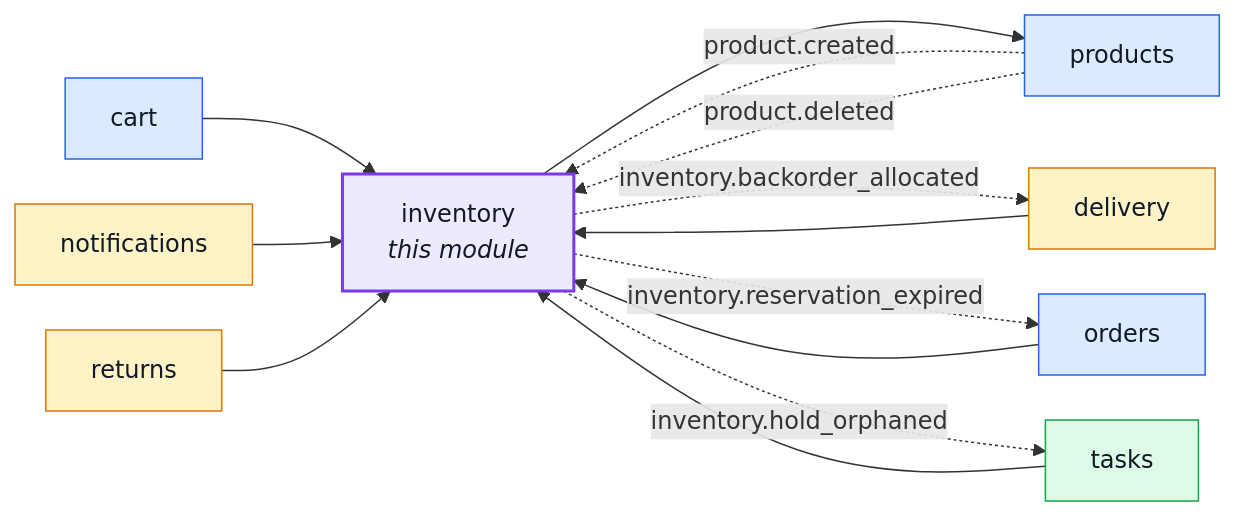
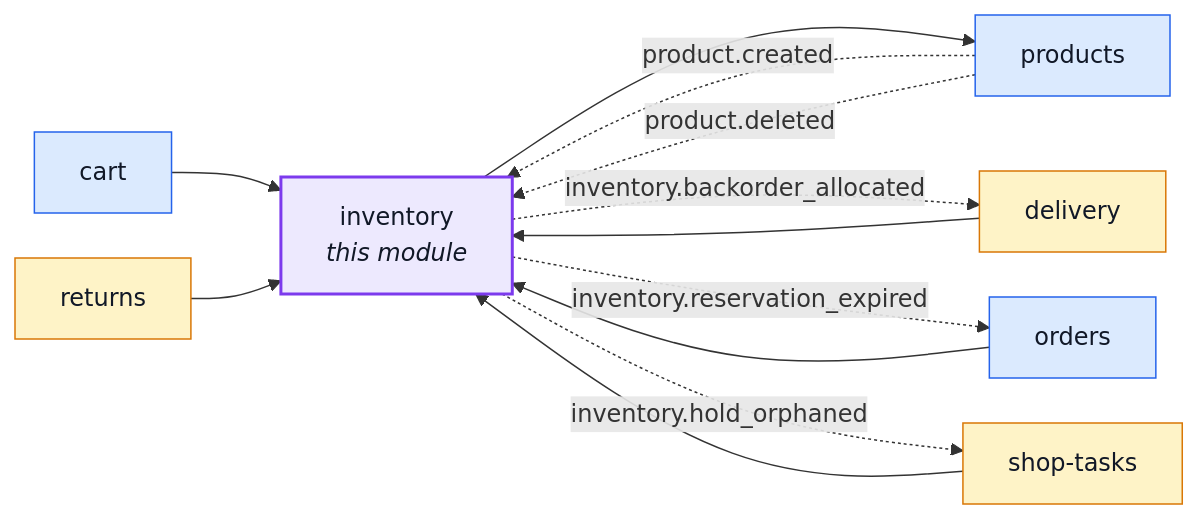
The first of 2 diagrams in docs/modules/inventory.md (Guebbit/boilerplate-node-backend), drawn with Mermaid before and after one commit. The commit also changed 107 other files, not shown here.

First line of the commit message:
refactor(shop-tasks): move the shop's to-dos and notices into their own module

````diff
--- a/docs/modules/inventory.md
+++ b/docs/modules/inventory.md
@@ -18,34 +18,31 @@
 ```mermaid
 %%{init: {'flowchart': {'nodeSpacing': 30, 'rankSpacing': 60}}}%%
 flowchart LR
     inventory["inventory<br/><i>this module</i>"]
     cart["cart"]
     delivery["delivery"]
-    notifications["notifications"]
     orders["orders"]
     products["products"]
     returns["returns"]
-    tasks["tasks"]
+    shop_tasks["shop-tasks"]
 
     cart --> inventory
     delivery --> inventory
-    notifications --> inventory
     orders --> inventory
     returns --> inventory
-    tasks --> inventory
+    shop_tasks --> inventory
     inventory --> products
     products -. "product.created" .-> inventory
     products -. "product.deleted" .-> inventory
     inventory -. "inventory.backorder_allocated" .-> delivery
     inventory -. "inventory.reservation_expired" .-> orders
-    inventory -. "inventory.hold_orphaned" .-> tasks
+    inventory -. "inventory.hold_orphaned" .-> shop_tasks
 
     classDef core fill:#dbeafe,stroke:#2563eb,color:#111827;
     classDef supporting fill:#fef3c7,stroke:#d97706,color:#111827;
     classDef generic fill:#dcfce7,stroke:#16a34a,color:#111827;
     classDef centre fill:#ede9fe,stroke:#7c3aed,stroke-width:2px,color:#111827;
     class cart,orders,products core;
-    class delivery,notifications,returns supporting;
-    class tasks generic;
+    class delivery,returns,shop_tasks supporting;
     class inventory centre;
 ```
````
